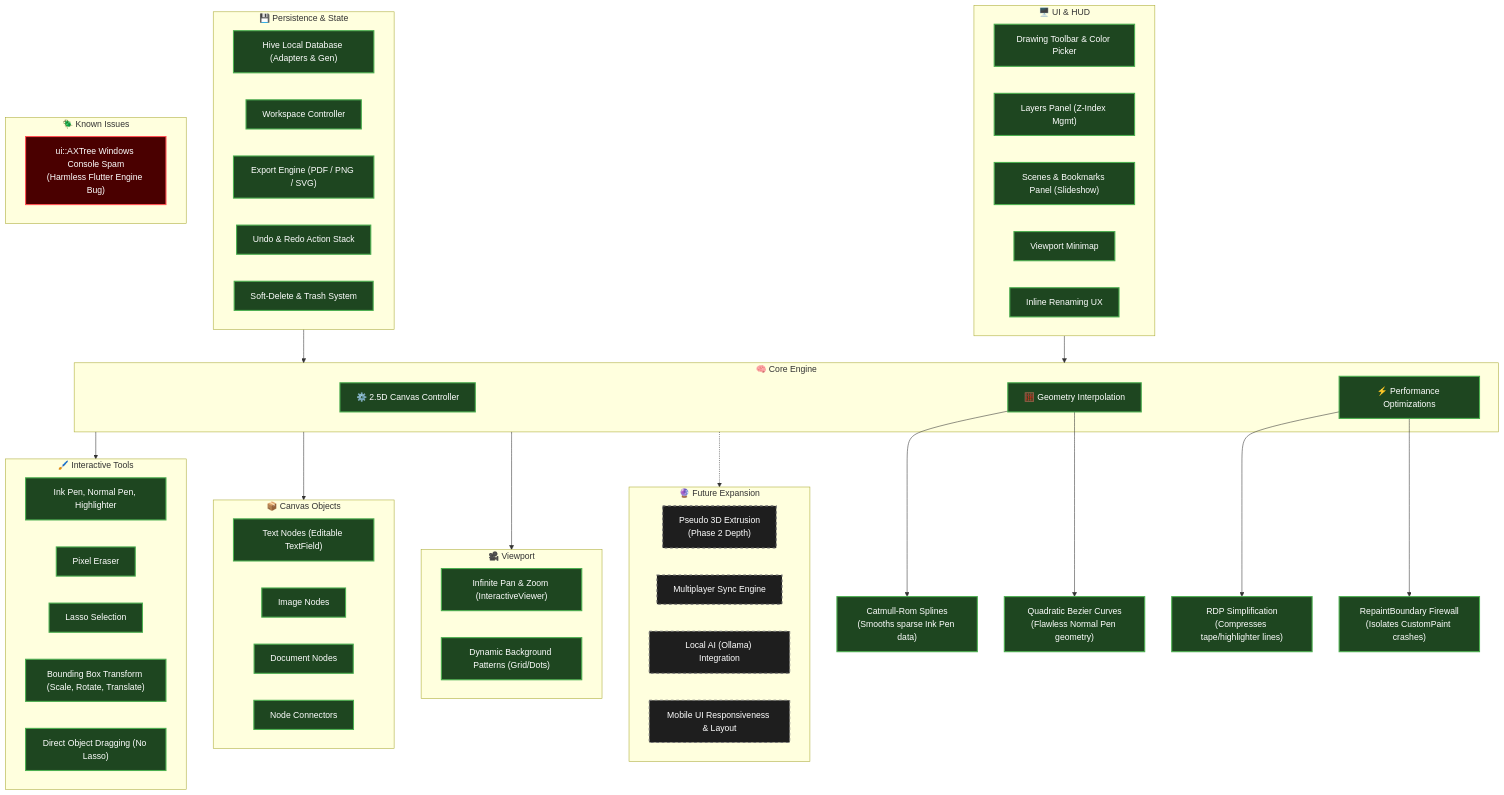
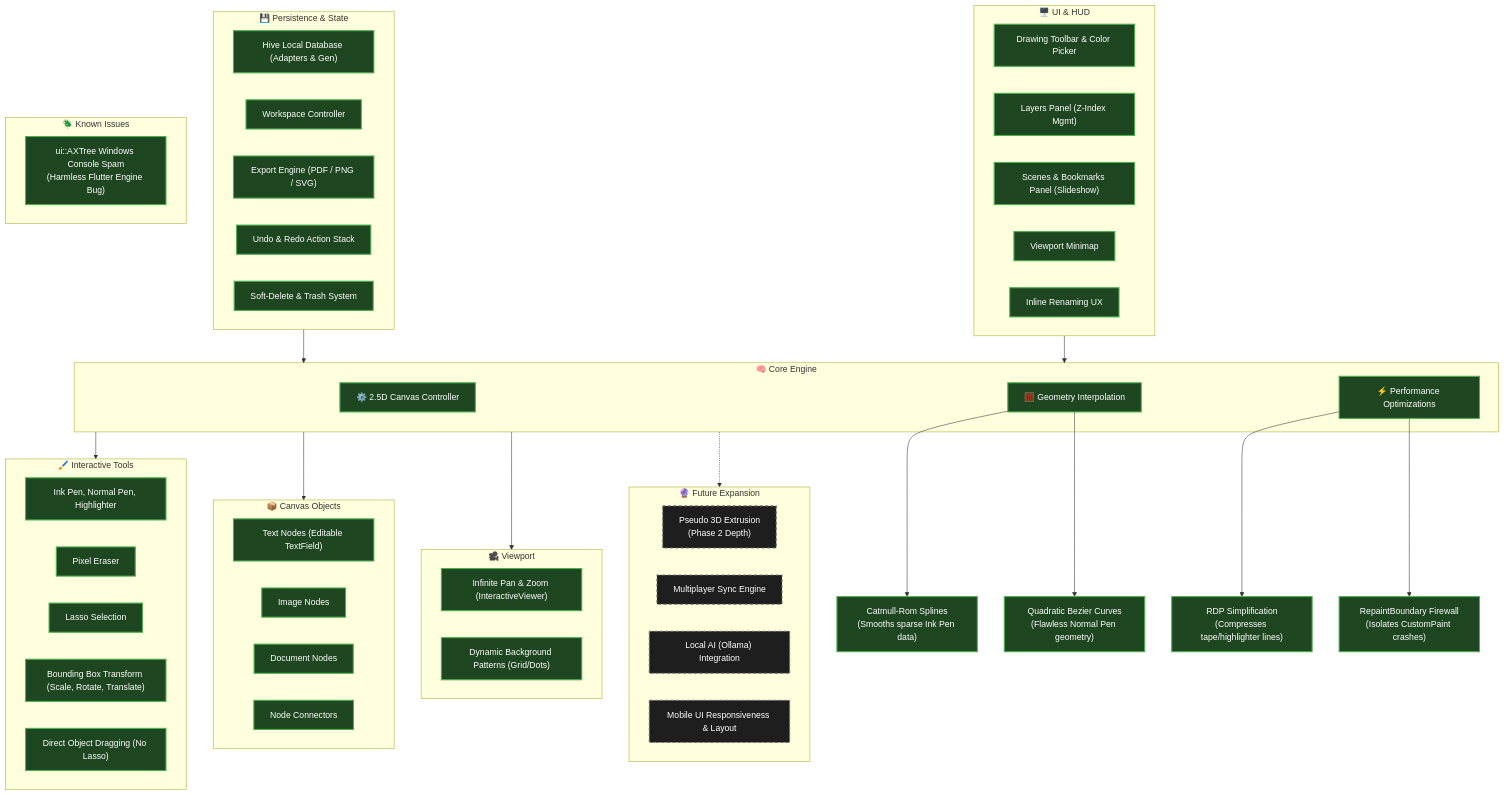
One commit to arvindgaikwad/Hydrop_Notes changed the diagram in VISUAL_ROADMAP.md. Above: the diagram before and after it, drawn with Mermaid. The commit also changed 2 other files, not shown here.

Commit message:
fix(logging): filter out harmless AXTree console spam on Windows\n\n- Added custom `debugPrint` handler to filter out `Failed to update ui::AXTree` noise.\n- Marked `AXSpam (Desktop)` as completed in `README.md` and `VISUAL_ROADMAP.md`.

```diff
--- a/VISUAL_ROADMAP.md
+++ b/VISUAL_ROADMAP.md
@@ -88,7 +88,7 @@
     
     %% Bugs
     subgraph Issues["🪲 Known Issues"]
-        AXSpam["ui::AXTree Windows Console Spam<br>(Harmless Flutter Engine Bug)"]:::bug
+        AXSpam["ui::AXTree Windows Console Spam<br>(Harmless Flutter Engine Bug)"]:::built
     end
 
     Core -.-> Roadmap
```
